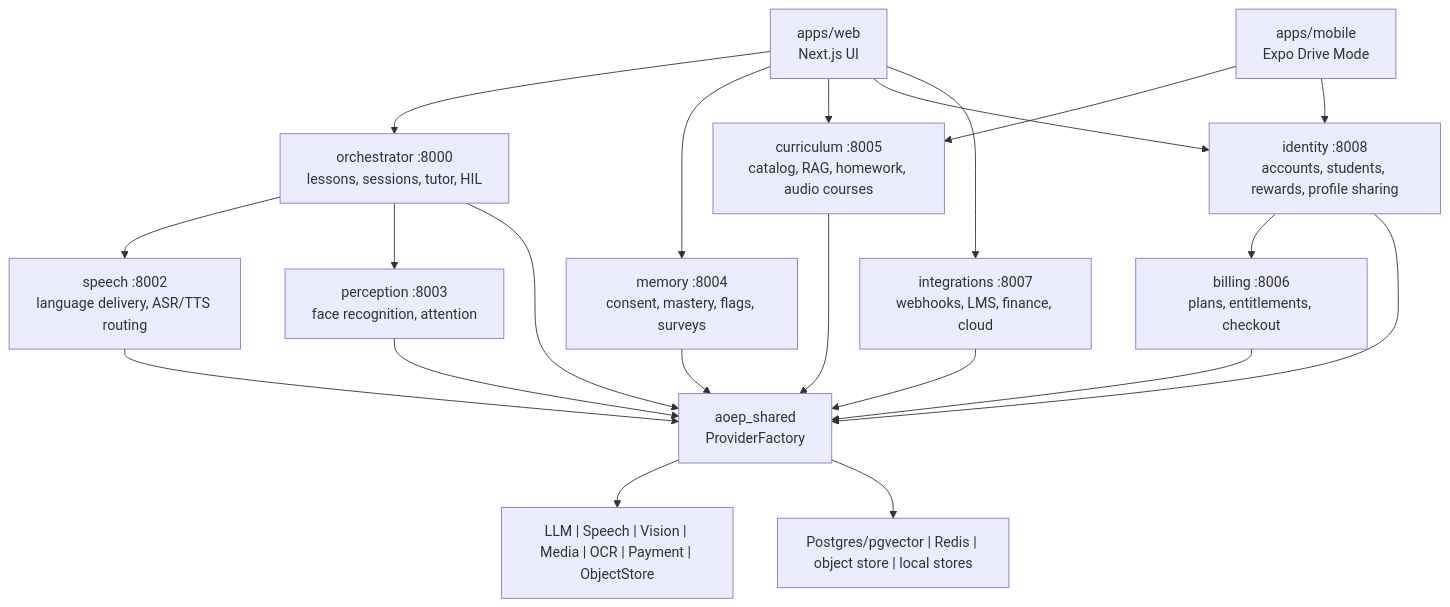
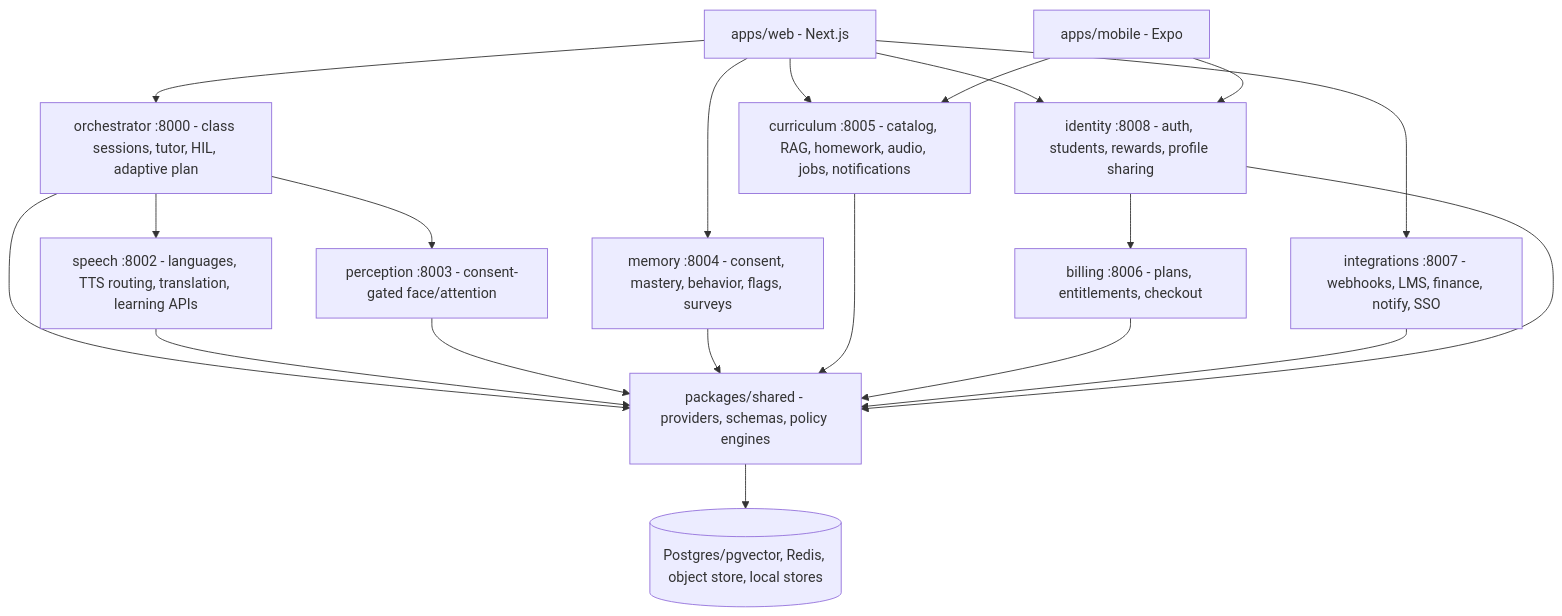
The diagram in README.md (Channarith/getschoolled), drawn with Mermaid before and after one commit. The commit also changed other lines of this file and 12 other files, not shown here.

````diff
--- a/README.md
+++ b/README.md
@@ -54,38 +66,28 @@
 ```mermaid
 flowchart TB
-  WEB["apps/web<br/>Next.js UI"]
-  MOBILE["apps/mobile<br/>Expo Drive Mode"]
-
-  ORCH["orchestrator :8000<br/>lessons, sessions, tutor, HIL"]
-  SPEECH["speech :8002<br/>language delivery, ASR/TTS routing"]
-  PER["perception :8003<br/>face recognition, attention"]
-  MEM["memory :8004<br/>consent, mastery, flags, surveys"]
-  CUR["curriculum :8005<br/>catalog, RAG, homework, audio courses"]
-  BILL["billing :8006<br/>plans, entitlements, checkout"]
-  INT["integrations :8007<br/>webhooks, LMS, finance, cloud"]
-  ID["identity :8008<br/>accounts, students, rewards, profile sharing"]
+  WEB[apps/web - Next.js]
+  MOBILE[apps/mobile - Expo]
+  ORCH[orchestrator :8000 - class sessions, tutor, HIL, adaptive plan]
+  SPEECH[speech :8002 - languages, TTS routing, translation, learning APIs]
+  PER[perception :8003 - consent-gated face/attention]
+  MEM[memory :8004 - consent, mastery, behavior, flags, surveys]
+  CUR[curriculum :8005 - catalog, RAG, homework, audio, jobs, notifications]
+  BILL[billing :8006 - plans, entitlements, checkout]
+  INT[integrations :8007 - webhooks, LMS, finance, notify, SSO]
+  ID[identity :8008 - auth, students, rewards, profile sharing]
+  SHARED[packages/shared - providers, schemas, policy engines]
+  DATA[(Postgres/pgvector, Redis, object store, local stores)]
 
   WEB --> ORCH
-  WEB --> MEM
   WEB --> CUR
   WEB --> ID
+  WEB --> MEM
   WEB --> INT
   MOBILE --> CUR
   MOBILE --> ID
-
   ORCH --> SPEECH
   ORCH --> PER
   ID --> BILL
-
-  ORCH --> SHARED["aoep_shared<br/>ProviderFactory"]
-  SPEECH --> SHARED
-  PER --> SHARED
-  MEM --> SHARED
-  CUR --> SHARED
-  BILL --> SHARED
-  INT --> SHARED
-  ID --> SHARED
-
-  SHARED --> PROVIDERS["LLM | Speech | Vision | Media | OCR | Payment | ObjectStore"]
-  SHARED --> DATA["Postgres/pgvector | Redis | object store | local stores"]
+  ORCH & SPEECH & PER & MEM & CUR & BILL & INT & ID --> SHARED
+  SHARED --> DATA
 ```
````
